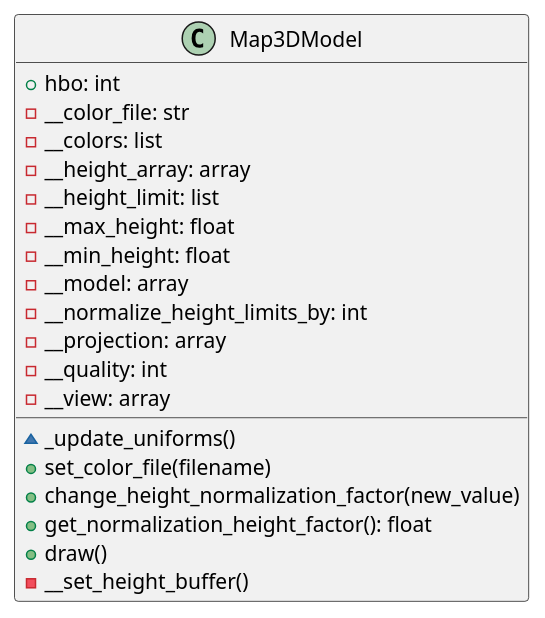
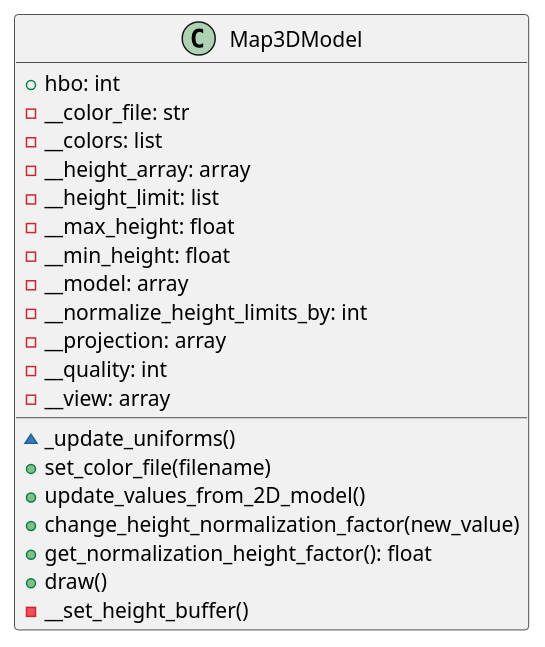
The diagram in docs/classes/Map3DModel.puml (ferpoble2/Relief_Creator), drawn with PlantUML before and after one commit. The commit also changed 9 other files, not shown here.

```diff
--- a/docs/classes/Map3DModel.puml
+++ b/docs/classes/Map3DModel.puml
@@ -1,24 +1,25 @@
 @startuml
 class Map3DModel {
     + hbo: int
     - __color_file: str
     - __colors: list
     - __height_array: array
     - __height_limit: list
     - __max_height: float
     - __min_height: float
     - __model: array
     - __normalize_height_limits_by: int
     - __projection: array
     - __quality: int
     - __view: array
 
     ~ _update_uniforms()
     + set_color_file(filename)
+    + update_values_from_2D_model()
     + change_height_normalization_factor(new_value)
     + get_normalization_height_factor(): float
     + draw()
     - __set_height_buffer()
 
 }
 @enduml
```
